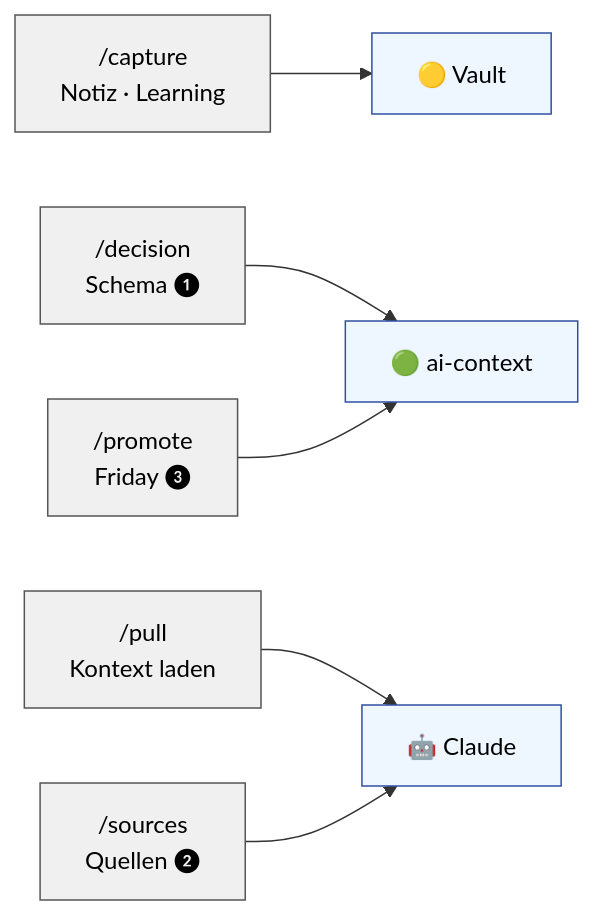
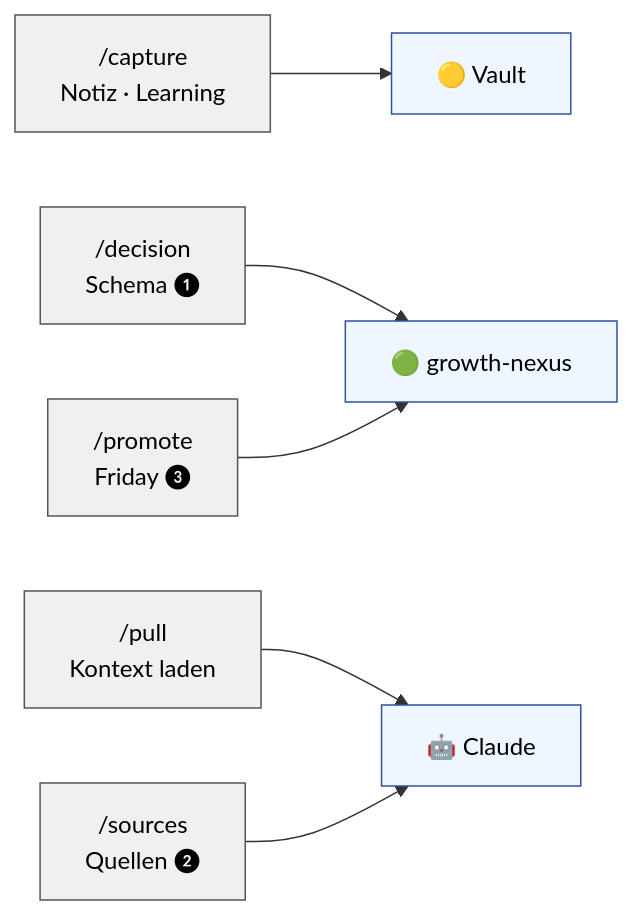
One commit to Ryzon-Performance-Sports-Apparel/mcp-hub changed the third of 4 diagrams in docs/knowledge-setup/meeting-agenda-sophie-luca.md. Above: the diagram before and after it, drawn with Mermaid. The commit also changed other lines of this file and 18 other files, not shown here.

````diff
--- a/docs/knowledge-setup/meeting-agenda-sophie-luca.md
+++ b/docs/knowledge-setup/meeting-agenda-sophie-luca.md
@@ -108,14 +108,14 @@
 ```mermaid
 flowchart LR
     C1["/capture<br/>Notiz · Learning"] --> V["🟡 Vault"]
-    C2["/decision<br/>Schema ❶"] --> A["🟢 ai-context"]
+    C2["/decision<br/>Schema ❶"] --> A["🟢 growth-nexus"]
     C3["/pull<br/>Kontext laden"] --> CP["🤖 Claude"]
     C4["/sources<br/>Quellen ❷"] --> CP
     C5["/promote<br/>Friday ❸"] --> A
 
     classDef cmd fill:#f0f0f0,stroke:#555,color:#000
     classDef tgt fill:#eef6ff,stroke:#3050a0,color:#000
 
     class C1,C2,C3,C4,C5 cmd
     class V,A,CP tgt
 ```
````
